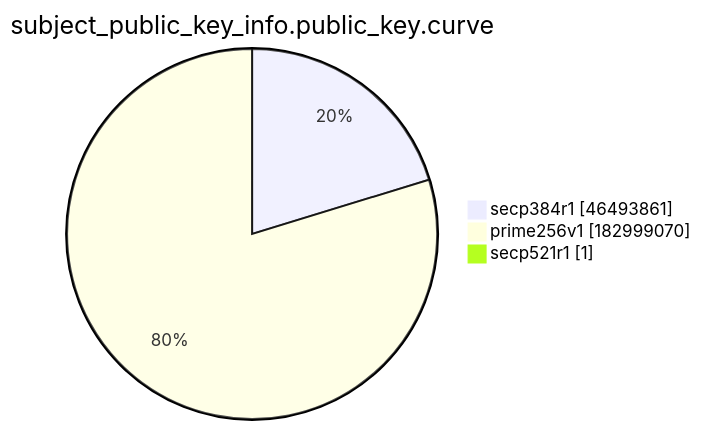
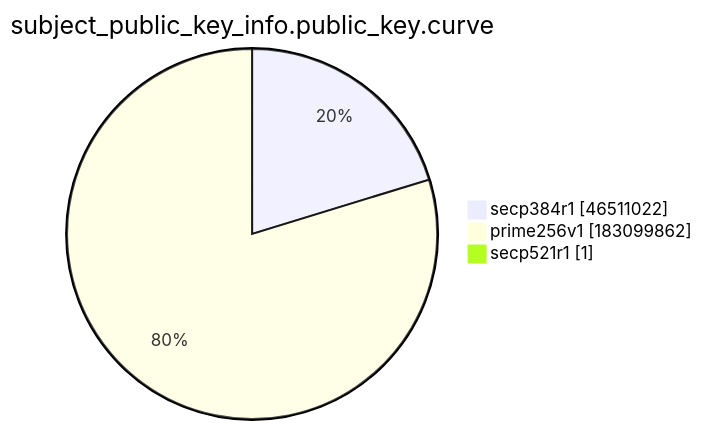
Before and after one commit to christiankrug/ctmonitor_visualization: the ninth of 15 diagrams in xenon2022/README.md, drawn with Mermaid. The commit also changed other lines of this file, not shown here.

````diff
--- a/xenon2022/README.md
+++ b/xenon2022/README.md
@@ -2874,7 +2874,7 @@
 ```mermaid
 pie showData
 title subject_public_key_info.public_key.curve
-"secp384r1" :46493861
-"prime256v1" :182999070
+"secp384r1" :46511022
+"prime256v1" :183099862
 "secp521r1" :1
 ```
````
